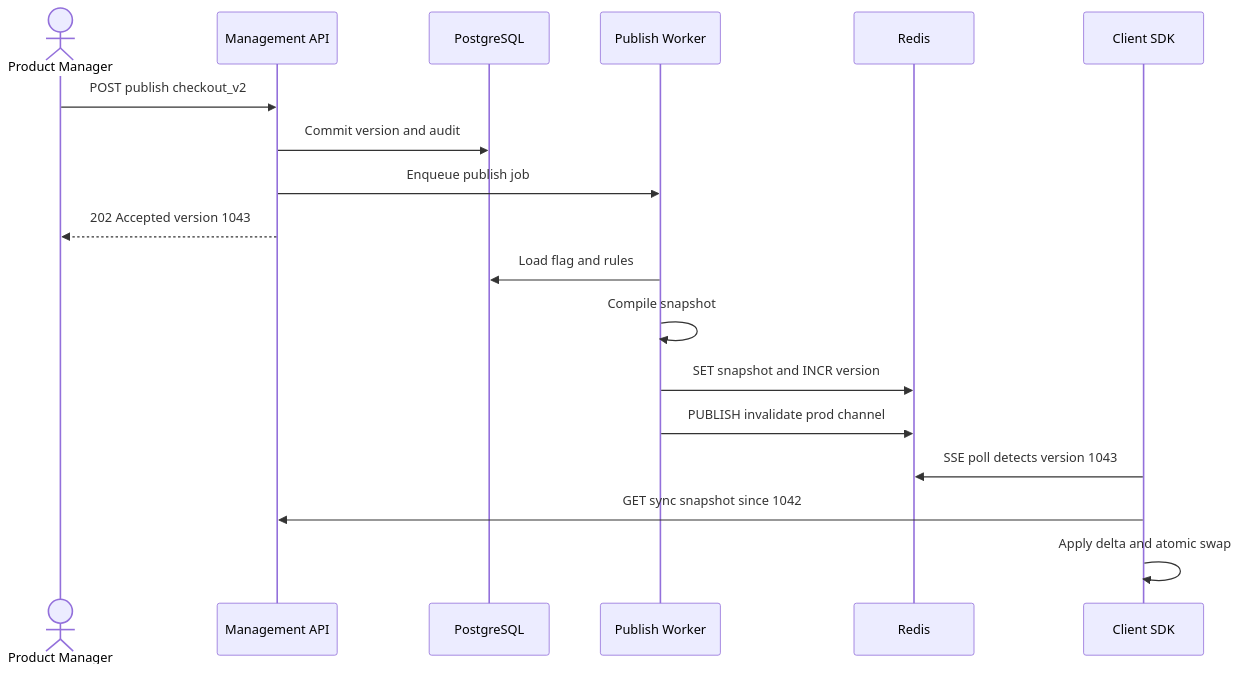
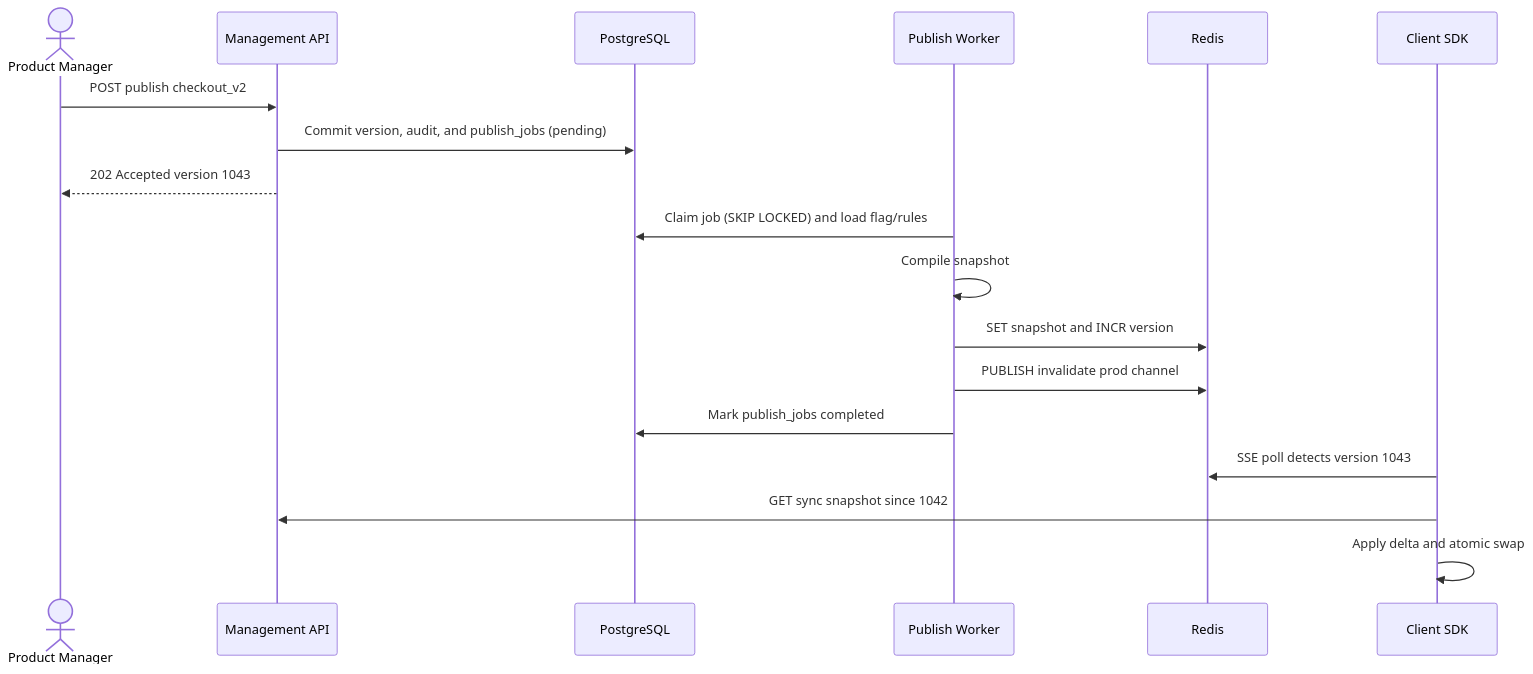
The fifth of 7 diagrams in docs/Feature_Management_Service_Technical_Architecture.md (zhiwenliu2025/feature-management-service), drawn with Mermaid before and after one commit. The commit also changed other lines of this file and 2 other files, not shown here.

Commit message:
Update Feature Management Service documentation: Changed configuration invalidation method to use SSE, updated document version to 1.1, and refined publish workflow details with PostgreSQL Outbox pattern for improved job handling.

````diff
--- a/docs/Feature_Management_Service_Technical_Architecture.md
+++ b/docs/Feature_Management_Service_Technical_Architecture.md
@@ -702,23 +734,23 @@
 ```mermaid
 sequenceDiagram
     actor PM as Product Manager
     participant Mgmt as Management API
     participant DB as PostgreSQL
     participant Worker as Publish Worker
     participant Redis as Redis
     participant SDK as Client SDK
 
     PM->>Mgmt: POST publish checkout_v2
-    Mgmt->>DB: Commit version and audit
-    Mgmt->>Worker: Enqueue publish job
+    Mgmt->>DB: Commit version, audit, and publish_jobs (pending)
     Mgmt-->>PM: 202 Accepted version 1043
 
-    Worker->>DB: Load flag and rules
+    Worker->>DB: Claim job (SKIP LOCKED) and load flag/rules
     Worker->>Worker: Compile snapshot
     Worker->>Redis: SET snapshot and INCR version
     Worker->>Redis: PUBLISH invalidate prod channel
+    Worker->>DB: Mark publish_jobs completed
 
     SDK->>Redis: SSE poll detects version 1043
     SDK->>Mgmt: GET sync snapshot since 1042
     SDK->>SDK: Apply delta and atomic swap
 ```
````
